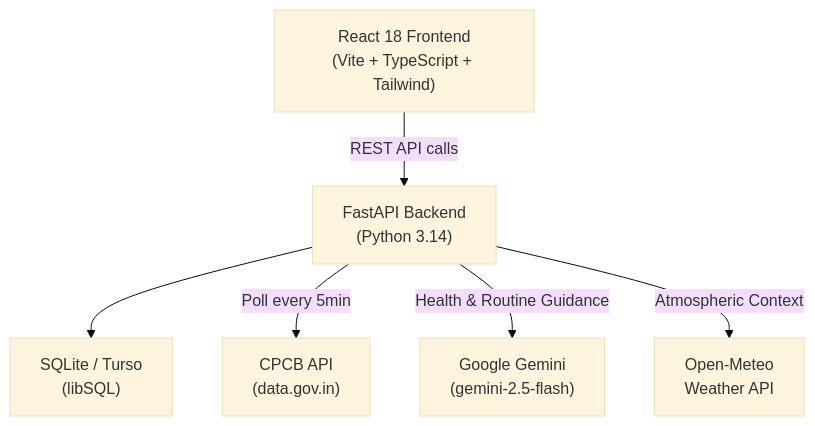
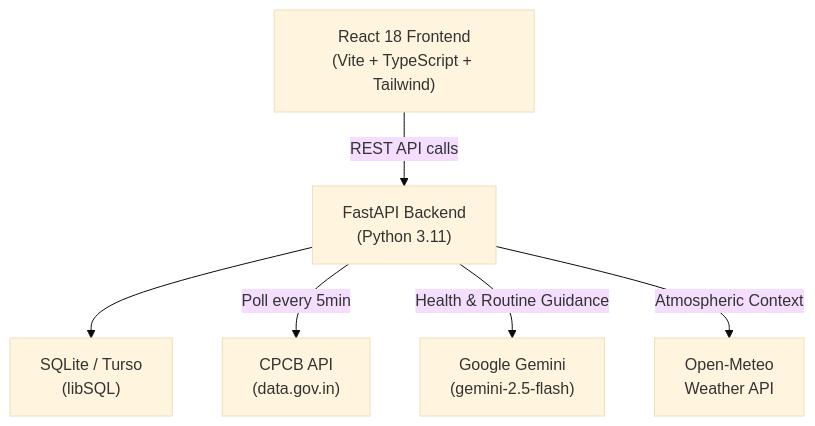
The diagram in README.md (Koushik-5499/urban-air-quality-assistant), drawn with Mermaid (base theme) before and after one commit. The commit also changed other lines of this file and 18 other files, not shown here.

````diff
--- a/README.md
+++ b/README.md
@@ -75,15 +103,15 @@
 ```mermaid
 flowchart TD
     FE["React 18 Frontend\n(Vite + TypeScript + Tailwind)"]
-    BE["FastAPI Backend\n(Python 3.14)"]
+    BE["FastAPI Backend\n(Python 3.11)"]
     DB["SQLite / Turso\n(libSQL)"]
     CPCB["CPCB API\n(data.gov.in)"]
     GEM["Google Gemini\n(gemini-2.5-flash)"]
     WX["Open-Meteo\nWeather API"]
 
     FE -->|REST API calls| BE
     BE --> DB
     BE -->|Poll every 5min| CPCB
     BE -->|Health & Routine Guidance| GEM
     BE -->|Atmospheric Context| WX
 ```
````
